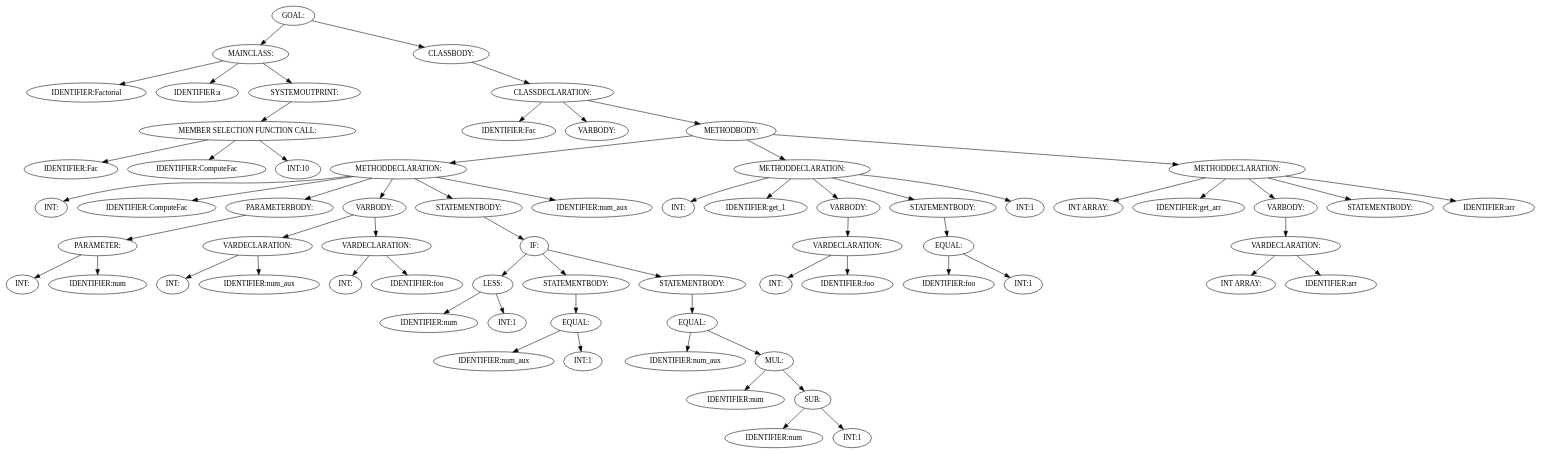
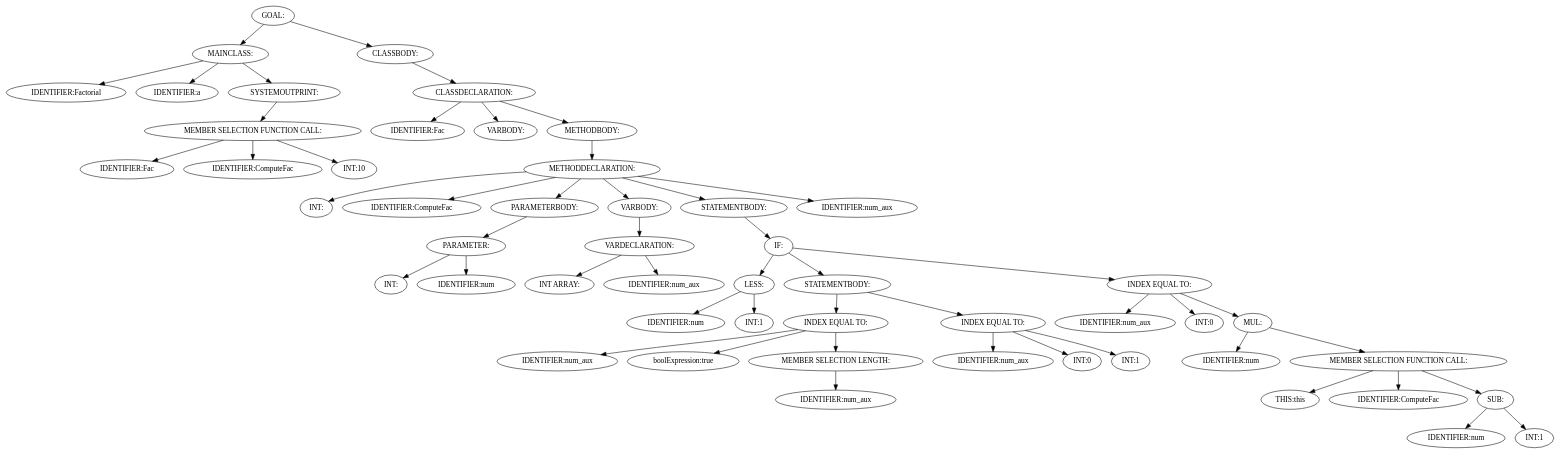
One commit to DahVoid/DV1655 changed the diagram in assignment_2/tree.dot. Above: the diagram before and after it, drawn with Graphviz. The commit also changed 42 other files, not shown here.

```diff
--- a/assignment_2/tree.dot
+++ b/assignment_2/tree.dot
@@ -1,135 +1,105 @@
 digraph {
 n0 [label="GOAL:"];
 n1 [label="MAINCLASS:"];
 n2 [label="IDENTIFIER:Factorial"];
 n1 -> n2
 n3 [label="IDENTIFIER:a"];
 n1 -> n3
 n4 [label="SYSTEMOUTPRINT:"];
 n5 [label="MEMBER SELECTION FUNCTION CALL:"];
 n6 [label="IDENTIFIER:Fac"];
 n5 -> n6
 n7 [label="IDENTIFIER:ComputeFac"];
 n5 -> n7
 n8 [label="INT:10"];
 n5 -> n8
 n4 -> n5
 n1 -> n4
 n0 -> n1
 n9 [label="CLASSBODY:"];
 n10 [label="CLASSDECLARATION:"];
 n11 [label="IDENTIFIER:Fac"];
 n10 -> n11
 n12 [label="VARBODY:"];
 n10 -> n12
 n13 [label="METHODBODY:"];
 n14 [label="METHODDECLARATION:"];
 n15 [label="INT:"];
 n14 -> n15
 n16 [label="IDENTIFIER:ComputeFac"];
 n14 -> n16
 n17 [label="PARAMETERBODY:"];
 n18 [label="PARAMETER:"];
 n19 [label="INT:"];
 n18 -> n19
 n20 [label="IDENTIFIER:num"];
 n18 -> n20
 n17 -> n18
 n14 -> n17
 n21 [label="VARBODY:"];
 n22 [label="VARDECLARATION:"];
-n23 [label="INT:"];
+n23 [label="INT ARRAY:"];
 n22 -> n23
 n24 [label="IDENTIFIER:num_aux"];
 n22 -> n24
 n21 -> n22
-n25 [label="VARDECLARATION:"];
-n26 [label="INT:"];
-n25 -> n26
-n27 [label="IDENTIFIER:foo"];
-n25 -> n27
-n21 -> n25
 n14 -> n21
-n28 [label="STATEMENTBODY:"];
-n29 [label="IF:"];
-n30 [label="LESS:"];
-n31 [label="IDENTIFIER:num"];
-n30 -> n31
-n32 [label="INT:1"];
-n30 -> n32
-n29 -> n30
-n33 [label="STATEMENTBODY:"];
-n34 [label="EQUAL:"];
+n25 [label="STATEMENTBODY:"];
+n26 [label="IF:"];
+n27 [label="LESS:"];
+n28 [label="IDENTIFIER:num"];
+n27 -> n28
+n29 [label="INT:1"];
+n27 -> n29
+n26 -> n27
+n30 [label="STATEMENTBODY:"];
+n31 [label="INDEX EQUAL TO:"];
+n32 [label="IDENTIFIER:num_aux"];
+n31 -> n32
+n33 [label="boolExpression:true"];
+n31 -> n33
+n34 [label="MEMBER SELECTION LENGTH:"];
 n35 [label="IDENTIFIER:num_aux"];
 n34 -> n35
-n36 [label="INT:1"];
-n34 -> n36
-n33 -> n34
-n29 -> n33
-n37 [label="STATEMENTBODY:"];
-n38 [label="EQUAL:"];
-n39 [label="IDENTIFIER:num_aux"];
-n38 -> n39
-n40 [label="MUL:"];
-n41 [label="IDENTIFIER:num"];
+n31 -> n34
+n30 -> n31
+n36 [label="INDEX EQUAL TO:"];
+n37 [label="IDENTIFIER:num_aux"];
+n36 -> n37
+n38 [label="INT:0"];
+n36 -> n38
+n39 [label="INT:1"];
+n36 -> n39
+n30 -> n36
+n26 -> n30
+n40 [label="INDEX EQUAL TO:"];
+n41 [label="IDENTIFIER:num_aux"];
 n40 -> n41
-n42 [label="SUB:"];
-n43 [label="IDENTIFIER:num"];
-n42 -> n43
-n44 [label="INT:1"];
-n42 -> n44
+n42 [label="INT:0"];
 n40 -> n42
-n38 -> n40
-n37 -> n38
-n29 -> n37
-n28 -> n29
-n14 -> n28
-n45 [label="IDENTIFIER:num_aux"];
-n14 -> n45
+n43 [label="MUL:"];
+n44 [label="IDENTIFIER:num"];
+n43 -> n44
+n45 [label="MEMBER SELECTION FUNCTION CALL:"];
+n46 [label="THIS:this"];
+n45 -> n46
+n47 [label="IDENTIFIER:ComputeFac"];
+n45 -> n47
+n48 [label="SUB:"];
+n49 [label="IDENTIFIER:num"];
+n48 -> n49
+n50 [label="INT:1"];
+n48 -> n50
+n45 -> n48
+n43 -> n45
+n40 -> n43
+n26 -> n40
+n25 -> n26
+n14 -> n25
+n51 [label="IDENTIFIER:num_aux"];
+n14 -> n51
 n13 -> n14
-n46 [label="METHODDECLARATION:"];
-n47 [label="INT:"];
-n46 -> n47
-n48 [label="IDENTIFIER:get_1"];
-n46 -> n48
-n49 [label="VARBODY:"];
-n50 [label="VARDECLARATION:"];
-n51 [label="INT:"];
-n50 -> n51
-n52 [label="IDENTIFIER:foo"];
-n50 -> n52
-n49 -> n50
-n46 -> n49
-n53 [label="STATEMENTBODY:"];
-n54 [label="EQUAL:"];
-n55 [label="IDENTIFIER:foo"];
-n54 -> n55
-n56 [label="INT:1"];
-n54 -> n56
-n53 -> n54
-n46 -> n53
-n57 [label="INT:1"];
-n46 -> n57
-n13 -> n46
-n58 [label="METHODDECLARATION:"];
-n59 [label="INT ARRAY:"];
-n58 -> n59
-n60 [label="IDENTIFIER:get_arr"];
-n58 -> n60
-n61 [label="VARBODY:"];
-n62 [label="VARDECLARATION:"];
-n63 [label="INT ARRAY:"];
-n62 -> n63
-n64 [label="IDENTIFIER:arr"];
-n62 -> n64
-n61 -> n62
-n58 -> n61
-n65 [label="STATEMENTBODY:"];
-n58 -> n65
-n66 [label="IDENTIFIER:arr"];
-n58 -> n66
-n13 -> n58
 n10 -> n13
 n9 -> n10
 n0 -> n9
 }
```
